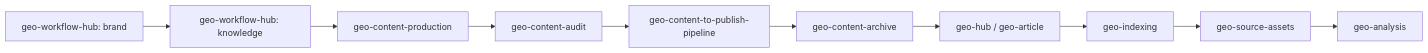
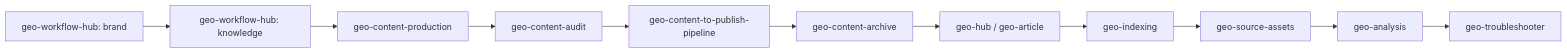
The diagram in README.md (chenshuke/geo-skills), drawn with Mermaid before and after one commit. The commit also changed other lines of this file and 9 other files, not shown here.

````diff
--- a/README.md
+++ b/README.md
@@ -187,12 +188,13 @@
 ```mermaid
 graph LR
     A[geo-workflow-hub: brand] --> B[geo-workflow-hub: knowledge]
     B --> C[geo-content-production]
     C --> D[geo-content-audit]
     D --> P[geo-content-to-publish-pipeline]
     P --> E[geo-content-archive]
     E --> F[geo-hub / geo-article]
     F --> G[geo-indexing]
     G --> S[geo-source-assets]
     S --> H[geo-analysis]
+    H --> T[geo-troubleshooter]
 ```
````
